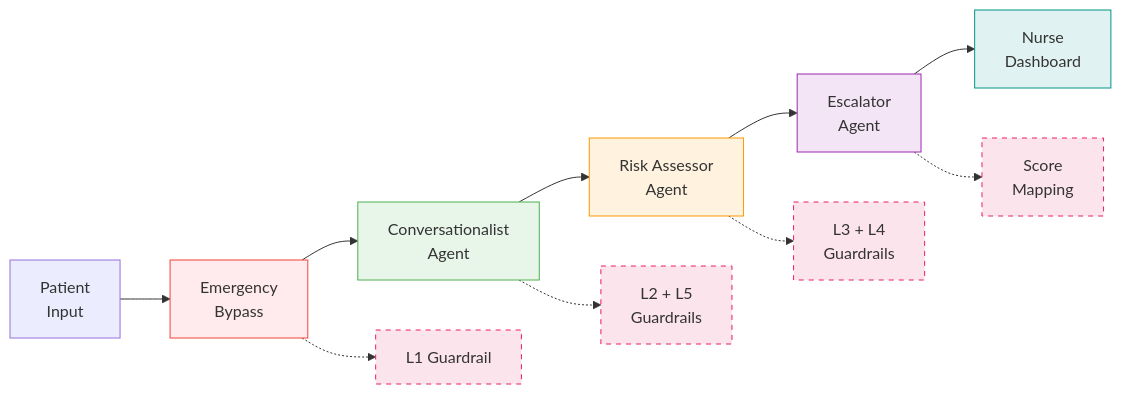
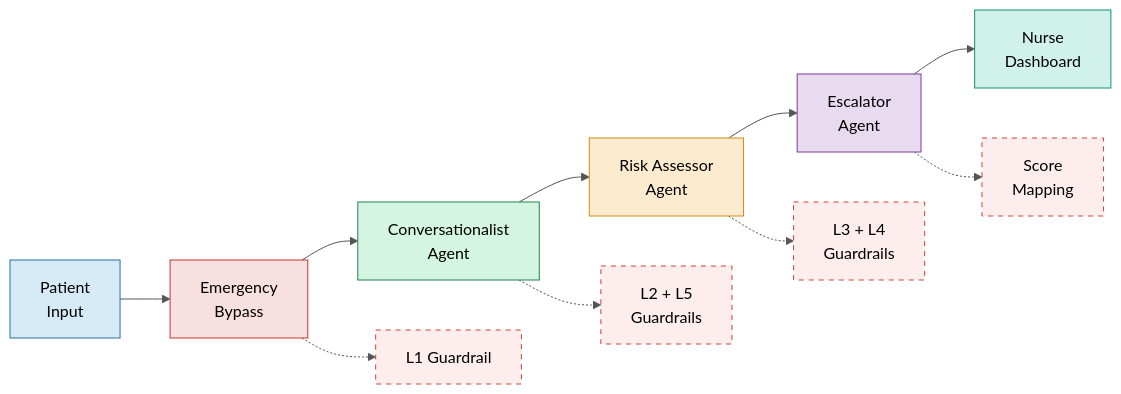
One commit to ankitasinha015/post-op-triage changed the fifth of 5 diagrams in ROADMAP_PRD.md. Above: the diagram before and after it, drawn with Mermaid. The commit also changed other lines of this file, not shown here.

First line of the commit message:
fix: make all Mermaid diagrams readable on dark backgrounds

````diff
--- a/ROADMAP_PRD.md
+++ b/ROADMAP_PRD.md
@@ -412,23 +460,25 @@
 ```mermaid
+%%{init: {'theme': 'base', 'themeVariables': {'primaryTextColor': '#000000', 'lineColor': '#555555', 'background': '#ffffff', 'mainBkg': '#ffffff', 'edgeLabelBackground': '#ffffff'}}}%%
 flowchart LR
     A["Patient\nInput"] --> B["Emergency\nBypass"]
     B --> C["Conversationalist\nAgent"]
     C --> D["Risk Assessor\nAgent"]
     D --> E["Escalator\nAgent"]
     E --> F["Nurse\nDashboard"]
 
     B -.-> G["L1 Guardrail"]
     C -.-> H["L2 + L5\nGuardrails"]
     D -.-> I["L3 + L4\nGuardrails"]
     E -.-> J["Score\nMapping"]
 
-    style B fill:#ffebee,stroke:#f44336
-    style C fill:#e8f5e9,stroke:#4CAF50
-    style D fill:#fff3e0,stroke:#FF9800
-    style E fill:#f3e5f5,stroke:#9C27B0
-    style F fill:#e0f2f1,stroke:#009688
-    style G fill:#fce4ec,stroke:#e91e63,stroke-dasharray: 5 5
-    style H fill:#fce4ec,stroke:#e91e63,stroke-dasharray: 5 5
-    style I fill:#fce4ec,stroke:#e91e63,stroke-dasharray: 5 5
-    style J fill:#fce4ec,stroke:#e91e63,stroke-dasharray: 5 5
+    style A fill:#d6eaf8,stroke:#2471a3,color:#000
+    style B fill:#f9e0e0,stroke:#c0392b,color:#000
+    style C fill:#d5f5e3,stroke:#1e8449,color:#000
+    style D fill:#fdebd0,stroke:#d68910,color:#000
+    style E fill:#e8daef,stroke:#7d3c98,color:#000
+    style F fill:#d1f2eb,stroke:#148f77,color:#000
+    style G fill:#fdedec,stroke:#cb4335,color:#000,stroke-dasharray: 5 5
+    style H fill:#fdedec,stroke:#cb4335,color:#000,stroke-dasharray: 5 5
+    style I fill:#fdedec,stroke:#cb4335,color:#000,stroke-dasharray: 5 5
+    style J fill:#fdedec,stroke:#cb4335,color:#000,stroke-dasharray: 5 5
 ```
````
